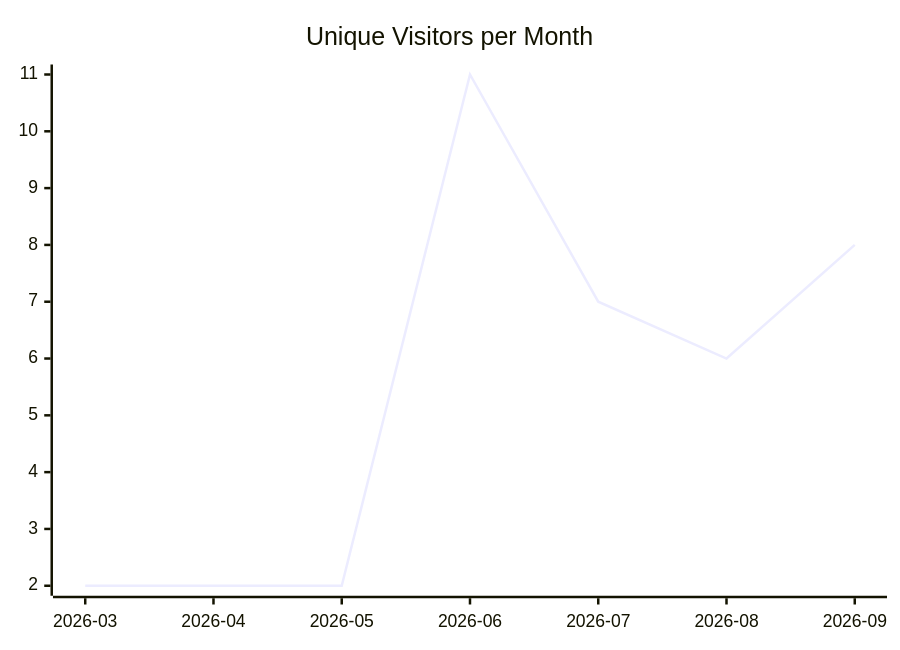
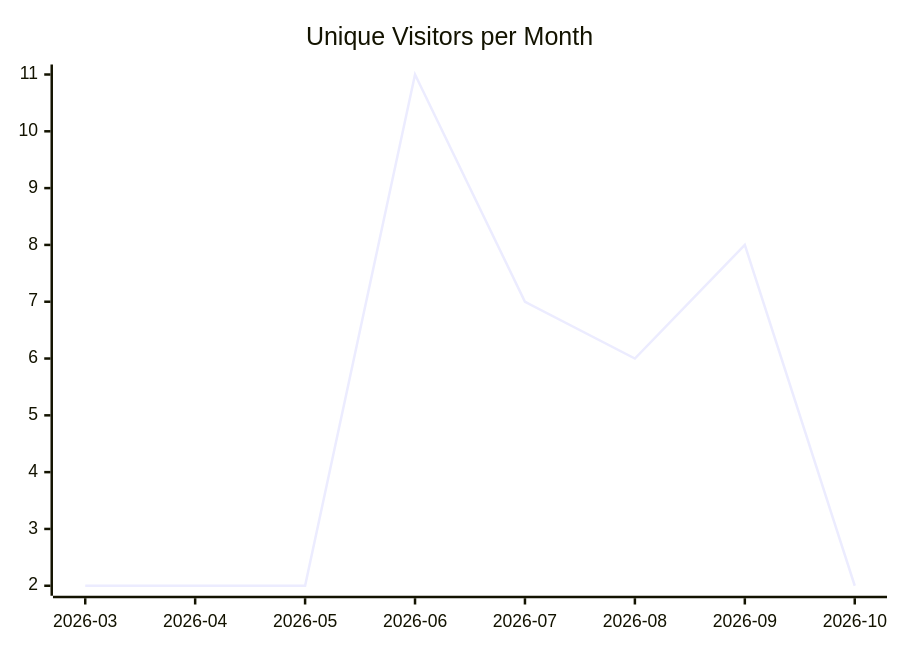
Before and after one commit to justdavis-family/github-analytics-data: the first of 3 diagrams in karlmdavis/ansible-role-jenkins2/README.md, drawn with Mermaid. The commit also changed other lines of this file and 202 other files, not shown here.

````diff
--- a/karlmdavis/ansible-role-jenkins2/README.md
+++ b/karlmdavis/ansible-role-jenkins2/README.md
@@ -5,6 +5,6 @@
 ```mermaid
 xychart-beta
   title "Unique Visitors per Month"
-  x-axis ["2026-03", "2026-04", "2026-05", "2026-06", "2026-07", "2026-08", "2026-09"]
-  line [2, 2, 2, 11, 7, 6, 8]
+  x-axis ["2026-03", "2026-04", "2026-05", "2026-06", "2026-07", "2026-08", "2026-09", "2026-10"]
+  line [2, 2, 2, 11, 7, 6, 8, 2]
 ```
````
